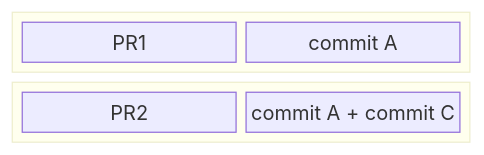
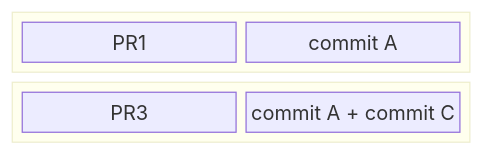
The second of 2 diagrams in README.md (sonos/github-merge-queue-simulator), drawn with Mermaid before and after one commit.

Commit message:
Fixed a typo in the README

````diff
--- a/README.md
+++ b/README.md
@@ -108,12 +108,12 @@
 ```mermaid
 block-beta
   columns 1
   block:group1
     columns 2
     a["PR1"] b["commit A"]
   end
   block:group2
     columns 2
-    c["PR2"] d["commit A + commit C"]
+    c["PR3"] d["commit A + commit C"]
   end
 ```
````
